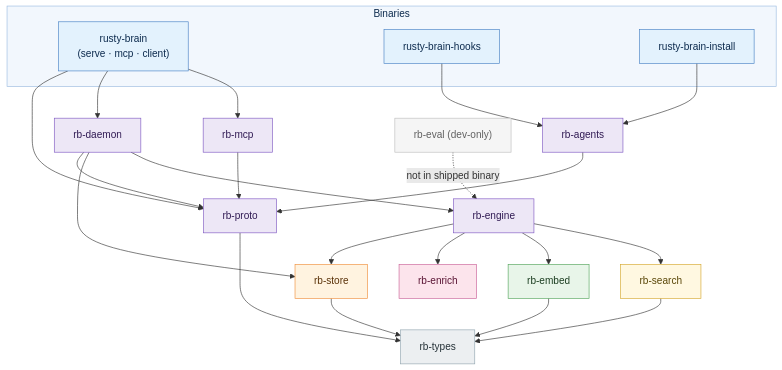
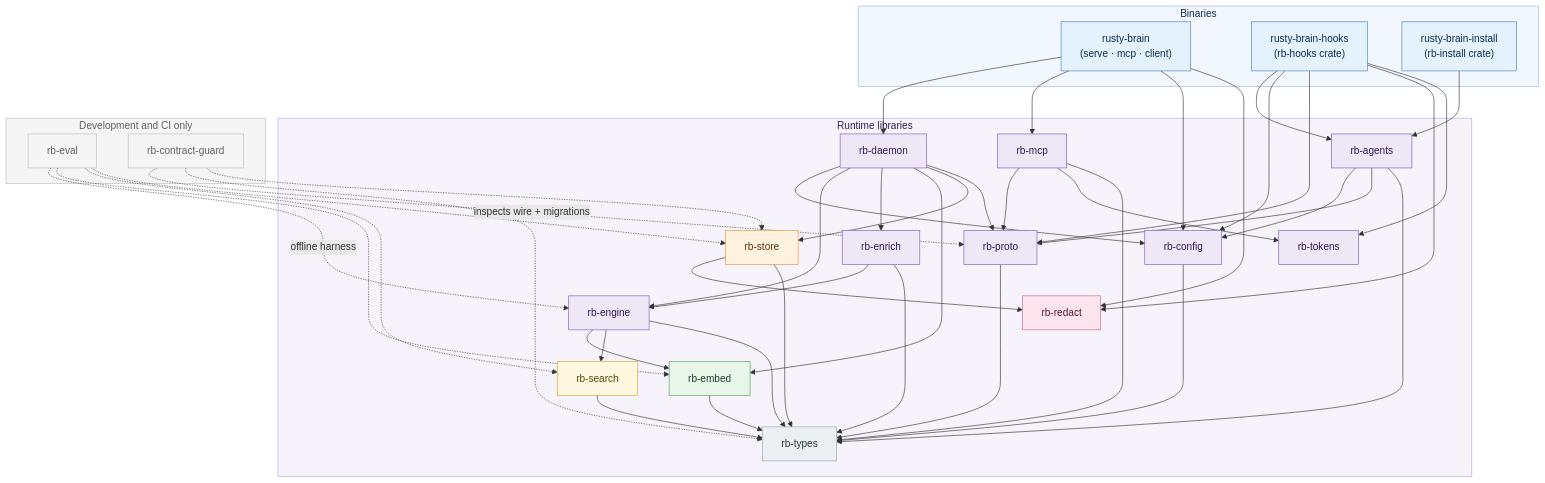
One commit to brianluby/rusty-brain changed the first of 5 diagrams in docs/ARCHITECTURE.md. Above: the diagram before and after it, drawn with Mermaid. The commit also changed other lines of this file and 10 other files, not shown here.

````diff
--- a/docs/ARCHITECTURE.md
+++ b/docs/ARCHITECTURE.md
@@ -35,31 +38,73 @@
 flowchart TD
   subgraph bins["Binaries"]
     RB["rusty-brain<br/>(serve · mcp · client)"]
-    HOOKS["rusty-brain-hooks"]
-    INSTALL["rusty-brain-install"]
+    HOOKS["rusty-brain-hooks<br/>(rb-hooks crate)"]
+    INSTALL["rusty-brain-install<br/>(rb-install crate)"]
   end
 
-  RB --> rbmcp["rb-mcp"]
-  RB --> rbdaemon["rb-daemon"]
-  RB --> rbproto["rb-proto"]
-  HOOKS --> rbagents["rb-agents"]
+  subgraph runtime["Runtime libraries"]
+    rbdaemon["rb-daemon"]
+    rbmcp["rb-mcp"]
+    rbagents["rb-agents"]
+    rbconfig["rb-config"]
+    rbproto["rb-proto"]
+    rbengine["rb-engine"]
+    rbenrich["rb-enrich"]
+    rbembed["rb-embed"]
+    rbsearch["rb-search"]
+    rbstore["rb-store"]
+    rbredact["rb-redact"]
+    rbtokens["rb-tokens"]
+    rbtypes["rb-types"]
+  end
+
+  RB --> rbdaemon
+  RB --> rbmcp
+  RB --> rbconfig
+  RB --> rbredact
+  HOOKS --> rbagents
+  HOOKS --> rbconfig
+  HOOKS --> rbproto
+  HOOKS --> rbredact
+  HOOKS --> rbtokens
   INSTALL --> rbagents
+
+  rbdaemon --> rbconfig
+  rbdaemon --> rbengine
+  rbdaemon --> rbenrich
+  rbdaemon --> rbembed
+  rbdaemon --> rbstore
+  rbdaemon --> rbproto
+  rbmcp --> rbproto
+  rbmcp --> rbtokens
+  rbagents --> rbconfig
   rbagents --> rbproto
+  rbenrich --> rbengine
+  rbengine --> rbembed
+  rbengine --> rbsearch
+  rbstore --> rbredact
 
-  rbmcp --> rbproto
-  rbdaemon --> rbengine["rb-engine"]
-  rbdaemon --> rbstore["rb-store"]
-  rbdaemon --> rbproto
-  rbengine --> rbsearch["rb-search"]
-  rbengine --> rbembed["rb-embed"]
-  rbengine --> rbenrich["rb-enrich"]
-  rbengine --> rbstore
-  rbstore --> rbtypes["rb-types"]
+  rbconfig --> rbtypes
+  rbproto --> rbtypes
+  rbagents --> rbtypes
+  rbenrich --> rbtypes
+  rbengine --> rbtypes
+  rbembed --> rbtypes
   rbsearch --> rbtypes
-  rbembed --> rbtypes
-  rbproto --> rbtypes
+  rbstore --> rbtypes
+  rbmcp --> rbtypes
 
-  EVAL["rb-eval (dev-only)"] -.->|"not in shipped binary"| rbengine
+  subgraph dev["Development and CI only"]
+    EVAL["rb-eval"]
+    GUARD["rb-contract-guard"]
+  end
+  EVAL -.->|"offline harness"| rbengine
+  EVAL -.-> rbembed
+  EVAL -.-> rbsearch
+  EVAL -.-> rbstore
+  GUARD -.->|"inspects wire + migrations"| rbproto
+  GUARD -.-> rbtypes
+  GUARD -.-> rbstore
 
   classDef client fill:#e3f2fd,stroke:#4781c4,color:#0d2b4e;
   classDef proc fill:#ede7f6,stroke:#7e57c2,color:#311b54;
@@ -70,12 +115,14 @@
   classDef base fill:#eceff1,stroke:#90a4ae,color:#263238;
   classDef muted fill:#f5f5f5,stroke:#bdbdbd,color:#616161;
   class RB,HOOKS,INSTALL client;
-  class rbmcp,rbdaemon,rbengine,rbagents,rbproto proc;
+  class rbmcp,rbdaemon,rbengine,rbenrich,rbagents,rbconfig,rbproto,rbtokens proc;
   class rbstore store;
   class rbembed embed;
   class rbsearch decision;
-  class rbenrich accent;
+  class rbredact accent;
   class rbtypes base;
-  class EVAL muted;
+  class EVAL,GUARD muted;
   style bins fill:#f2f7fd,stroke:#9bbbe0,color:#0d2b4e;
+  style runtime fill:#f6f3fb,stroke:#b9a7da,color:#311b54;
+  style dev fill:#f5f5f5,stroke:#bdbdbd,color:#616161;
 ```
````
